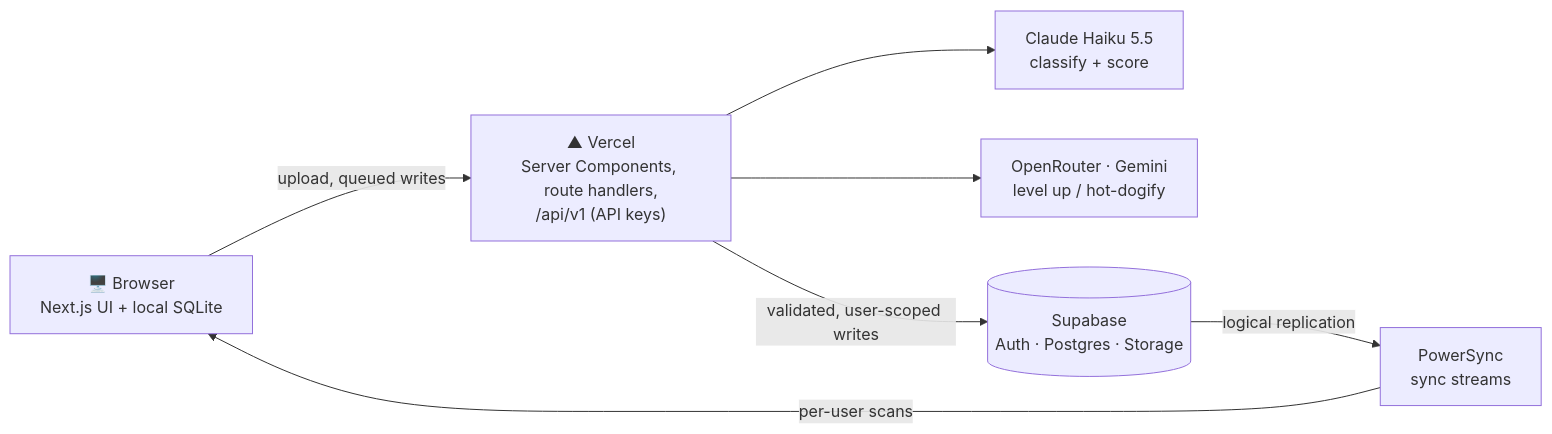
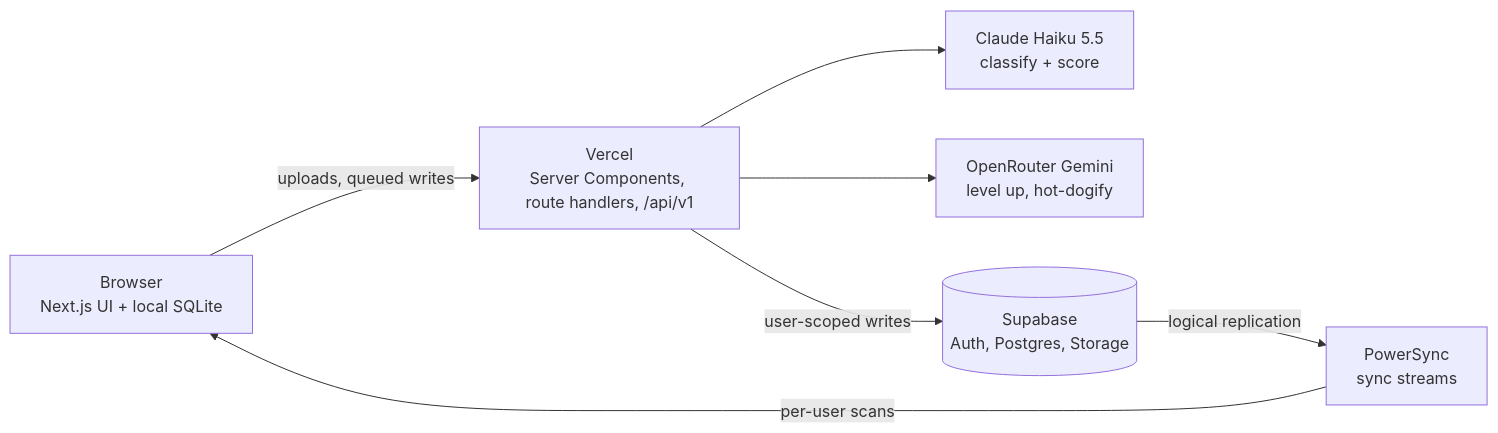
Before and after one commit to furiousteabag/seamflow-home-task: the diagram in README.md, drawn with Mermaid. The commit also changed other lines of this file, not shown here.

````diff
--- a/README.md
+++ b/README.md
@@ -41,16 +27,16 @@
 ```mermaid
 flowchart LR
-  B["🖥️ Browser<br/>Next.js UI + local SQLite"]
-  V["▲ Vercel<br/>Server Components, route handlers,<br/>/api/v1 (API keys)"]
+  B["Browser<br/>Next.js UI + local SQLite"]
+  V["Vercel<br/>Server Components, route handlers, /api/v1"]
   C["Claude Haiku 5.5<br/>classify + score"]
-  O["OpenRouter · Gemini<br/>level up / hot-dogify"]
-  S[("Supabase<br/>Auth · Postgres · Storage")]
+  O["OpenRouter Gemini<br/>level up, hot-dogify"]
+  S[("Supabase<br/>Auth, Postgres, Storage")]
   P["PowerSync<br/>sync streams"]
 
-  B -- "upload, queued writes" --> V
+  B -- "uploads, queued writes" --> V
   V --> C
   V --> O
-  V -- "validated, user-scoped writes" --> S
+  V -- "user-scoped writes" --> S
   S -- "logical replication" --> P
   P -- "per-user scans" --> B
 ```
````
